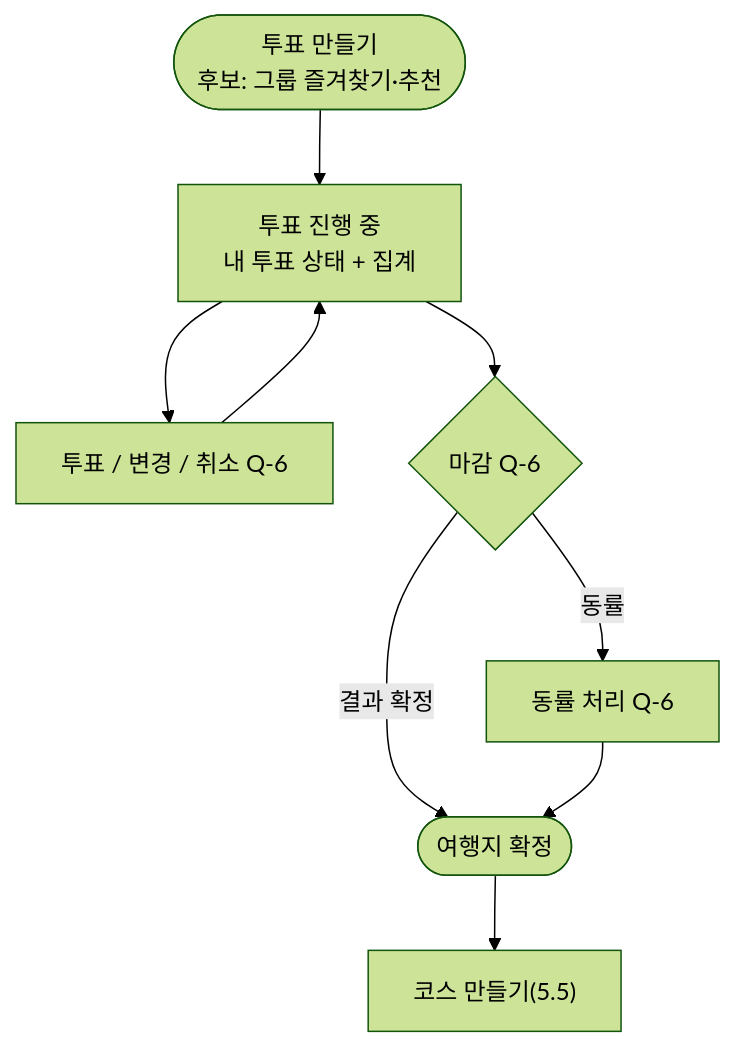
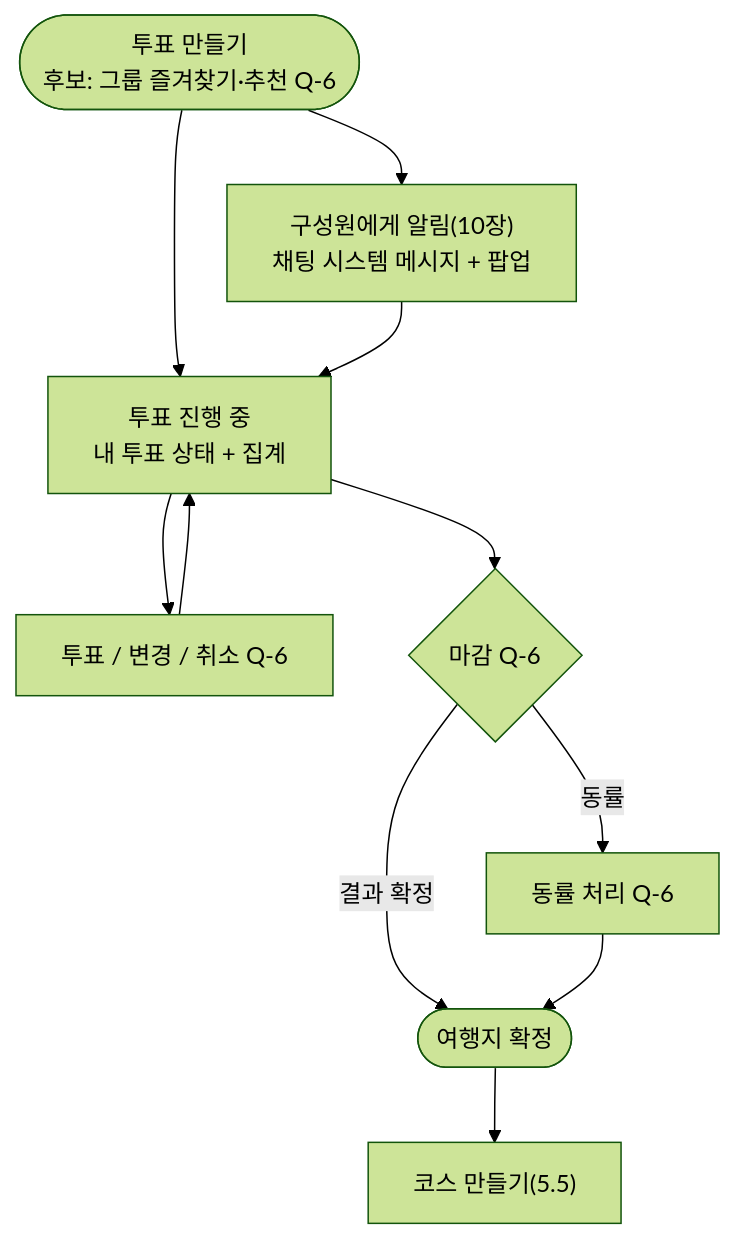
Diagram 13 of 25 in docs/flow/user-flow.md (a204-eodilog/eodilog), drawn with Mermaid (forest theme) before and after one commit. The commit also changed other lines of this file and 1 other file, not shown here.

````diff
--- a/docs/flow/user-flow.md
+++ b/docs/flow/user-flow.md
@@ -288,11 +295,12 @@
 ```mermaid
 flowchart TD
-    V(["투표 만들기<br/>후보: 그룹 즐겨찾기·추천"]) --> ING["투표 진행 중<br/>내 투표 상태 + 집계"]
+    V(["투표 만들기<br/>후보: 그룹 즐겨찾기·추천 Q-6"]) --> ING["투표 진행 중<br/>내 투표 상태 + 집계"]
+    V --> NT["구성원에게 알림(10장)<br/>채팅 시스템 메시지 + 팝업"] --> ING
     ING --> MINE["투표 / 변경 / 취소 Q-6"]
     MINE --> ING
     ING --> CLOSE{"마감 Q-6"}
     CLOSE -- "동률" --> TIE["동률 처리 Q-6"]
     CLOSE -- "결과 확정" --> DEC(["여행지 확정"])
     TIE --> DEC
     DEC --> COURSE["코스 만들기(5.5)"]
 ```
````
